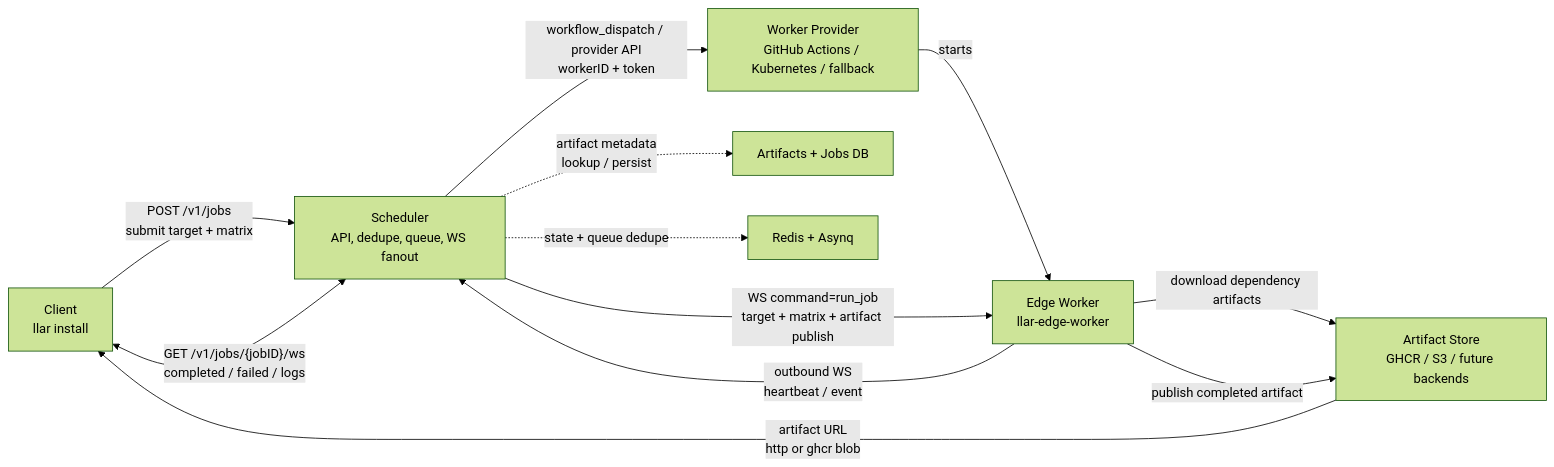
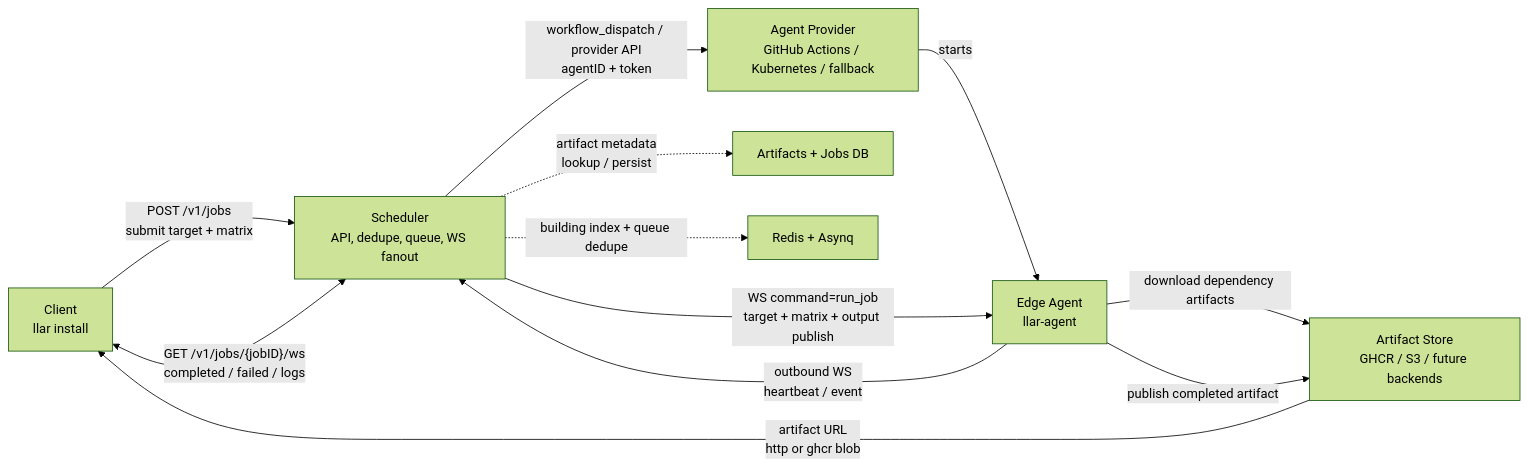
The first of 2 diagrams in docs/superpowers/specs/2026-05-25-cloud-build-design.md (MeteorsLiu/llar), drawn with Mermaid (forest theme) before and after one commit. The commit also changed other lines of this file and 2 other files, not shown here.

Commit message:
docs: update cloud build architecture

````diff
--- a/docs/superpowers/specs/2026-05-25-cloud-build-design.md
+++ b/docs/superpowers/specs/2026-05-25-cloud-build-design.md
@@ -17,17 +17,17 @@
 ```mermaid
 flowchart LR
   Client["Client<br/>llar install"] -->|"POST /v1/jobs<br/>submit target + matrix"| Scheduler["Scheduler<br/>API, dedupe, queue, WS fanout"]
   Client <-->|"GET /v1/jobs/{jobID}/ws<br/>completed / failed / logs"| Scheduler
 
-  Scheduler -->|"workflow_dispatch / provider API<br/>workerID + token"| Provider["Worker Provider<br/>GitHub Actions / Kubernetes / fallback"]
-  Provider -->|"starts"| Worker["Edge Worker<br/>llar-edge-worker"]
-  Worker -->|"outbound WS<br/>heartbeat / event"| Scheduler
-  Scheduler -->|"WS command=run_job<br/>target + matrix + artifact publish"| Worker
+  Scheduler -->|"workflow_dispatch / provider API<br/>agentID + token"| Provider["Agent Provider<br/>GitHub Actions / Kubernetes / fallback"]
+  Provider -->|"starts"| Agent["Edge Agent<br/>llar-agent"]
+  Agent -->|"outbound WS<br/>heartbeat / event"| Scheduler
+  Scheduler -->|"WS command=run_job<br/>target + matrix + output publish"| Agent
 
-  Worker -->|"download dependency artifacts"| Store["Artifact Store<br/>GHCR / S3 / future backends"]
-  Worker -->|"publish completed artifact"| Store
+  Agent -->|"download dependency artifacts"| Store["Artifact Store<br/>GHCR / S3 / future backends"]
+  Agent -->|"publish completed artifact"| Store
   Store -->|"artifact URL<br/>http or ghcr blob"| Client
 
   Scheduler -.->|"artifact metadata<br/>lookup / persist"| DB["Artifacts + Jobs DB"]
-  Scheduler -.->|"state + queue dedupe"| Redis["Redis + Asynq"]
+  Scheduler -.->|"building index + queue dedupe"| Redis["Redis + Asynq"]
 ```
````
